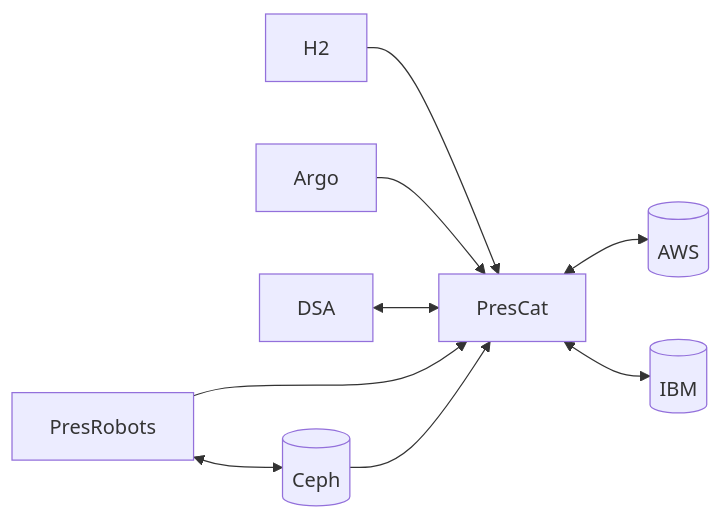
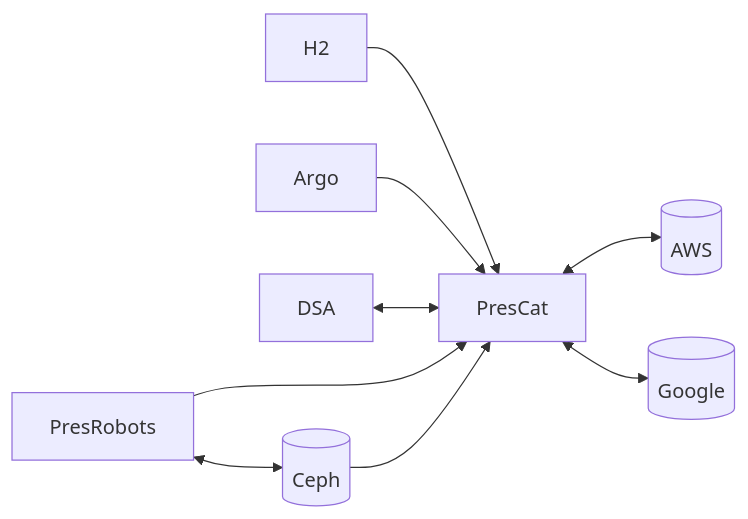
The diagram in README.md (sul-dlss/preservation_catalog), drawn with Mermaid before and after one commit. The commit also changed other lines of this file and 2 other files, not shown here.

Commit message:
Remove references to IBM cloud storage endpoint

````diff
--- a/README.md
+++ b/README.md
@@ -26,11 +26,11 @@
 ```mermaid
 flowchart LR;
   H2 --> PresCat;
   Argo --> PresCat;
   DSA <--> PresCat;
   PresRobots --> PresCat;
   PresCat <--> S3[(AWS)];
-  PresCat <--> IBM[(IBM)];
+  PresCat <--> GCP[(Google)];
   Ceph --> PresCat;
   PresRobots <--> Ceph[(Ceph)];
 ```
````
